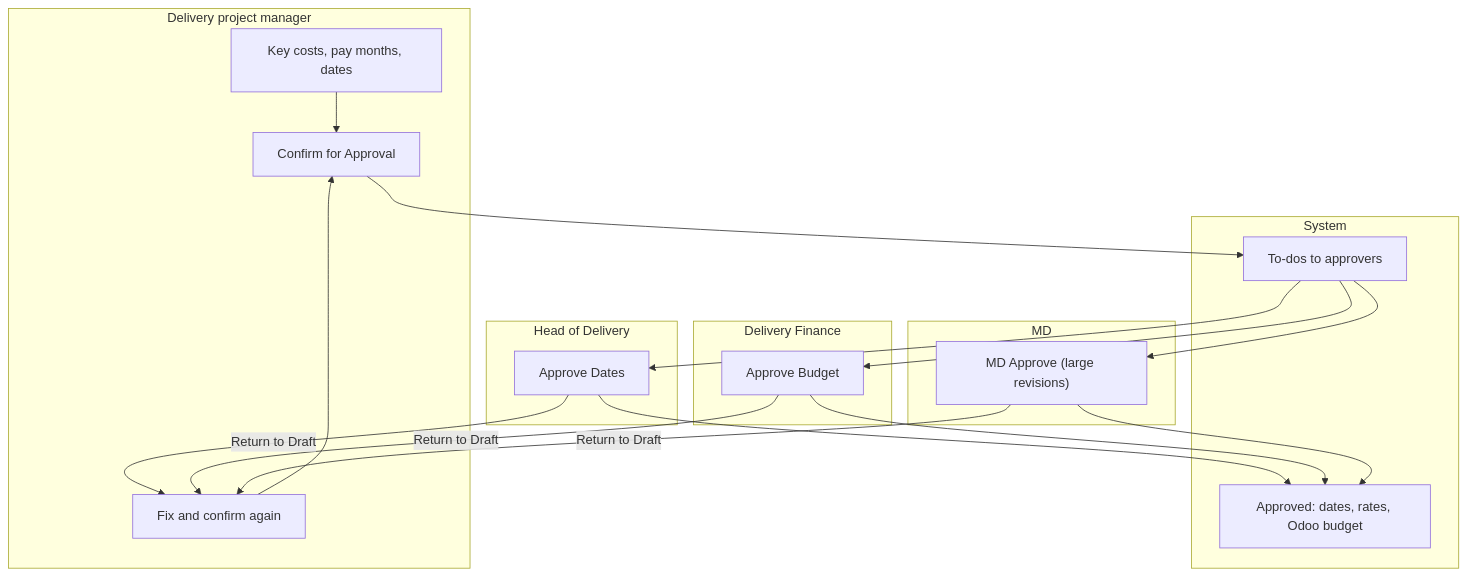
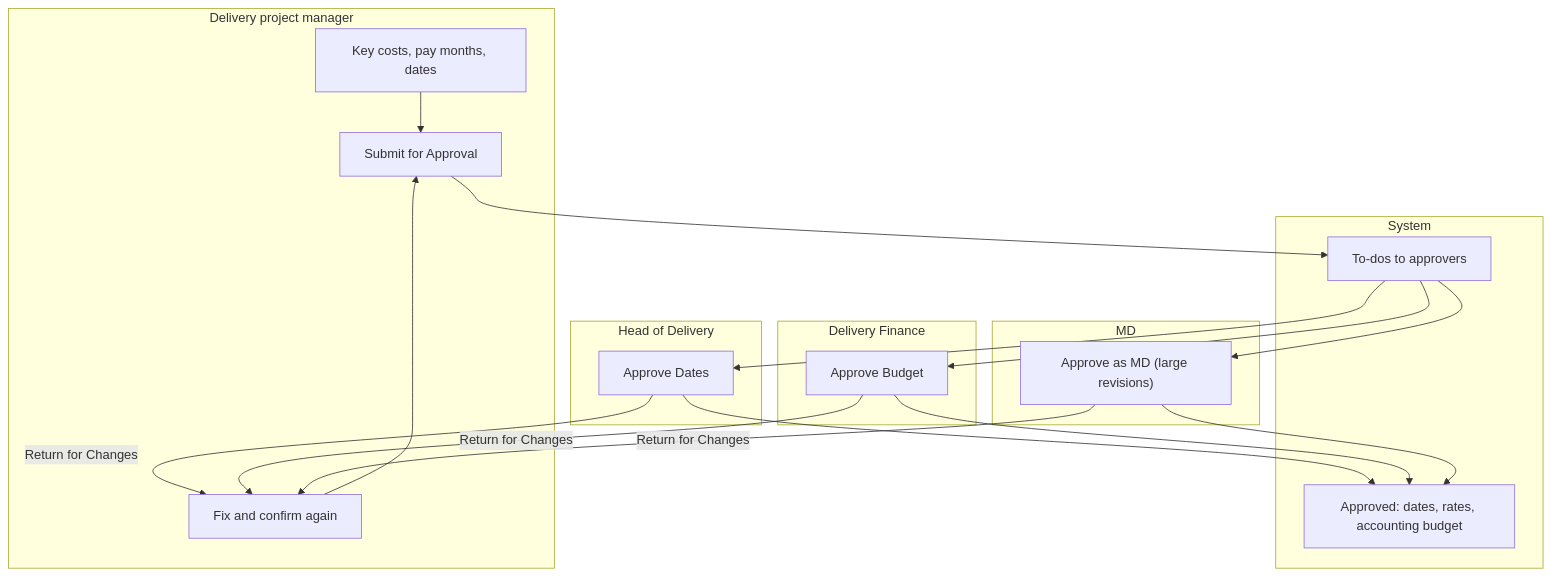
Before and after one commit to dennokorir/tritel_erp_training: the second of 2 diagrams in training-portal/src/content/docs/projects/workflows/baseline.mdx, drawn with Mermaid. The commit also changed other lines of this file and 146 other files, not shown here.

````diff
--- a/training-portal/src/content/docs/projects/workflows/baseline.mdx
+++ b/training-portal/src/content/docs/projects/workflows/baseline.mdx
@@ -78,30 +79,30 @@
 ```mermaid
 flowchart TD
 %% docs-sync: shows tritel_project_delivery:group:group_delivery_finance, tritel_project_delivery:group:group_delivery_head, tritel_project_delivery:group:group_delivery_pm, tritel_project_delivery:menu:menu_delivery_config, tritel_project_delivery:menu:menu_delivery_root, tritel_project_delivery:selection:project.delivery.baseline.state, tritel_project_delivery:selection:project.delivery.client.delay.state, tritel_project_delivery:view_ext:analytic.view_account_analytic_account_form:button:delivery-project
   subgraph PM["Delivery project manager"]
     P1["Key costs, pay months, dates"]
-    P2["Confirm for Approval"]
+    P2["Submit for Approval"]
     P3["Fix and confirm again"]
   end
   subgraph Head["Head of Delivery"]
     H1["Approve Dates"]
   end
   subgraph Fin["Delivery Finance"]
     F1["Approve Budget"]
   end
   subgraph MD["MD"]
-    M1["MD Approve (large revisions)"]
+    M1["Approve as MD (large revisions)"]
   end
   subgraph Sys["System"]
     S1["To-dos to approvers"]
-    S2["Approved: dates, rates, Odoo budget"]
+    S2["Approved: dates, rates, accounting budget"]
   end
   P1 --> P2 --> S1
   S1 --> H1 --> S2
   S1 --> F1 --> S2
   S1 --> M1 --> S2
-  H1 -->|"Return to Draft"| P3
-  F1 -->|"Return to Draft"| P3
-  M1 -->|"Return to Draft"| P3
+  H1 -->|"Return for Changes"| P3
+  F1 -->|"Return for Changes"| P3
+  M1 -->|"Return for Changes"| P3
   P3 --> P2
 ```
````
